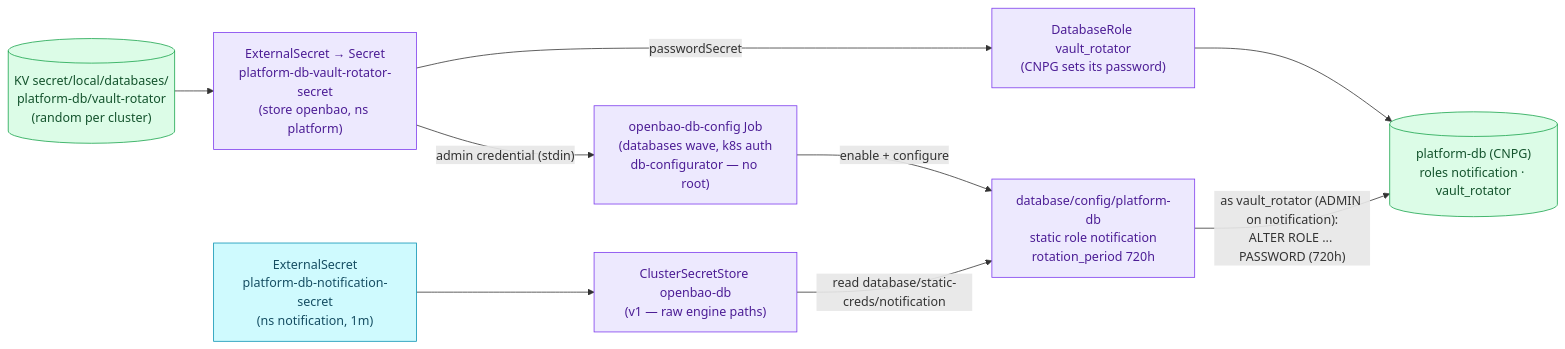
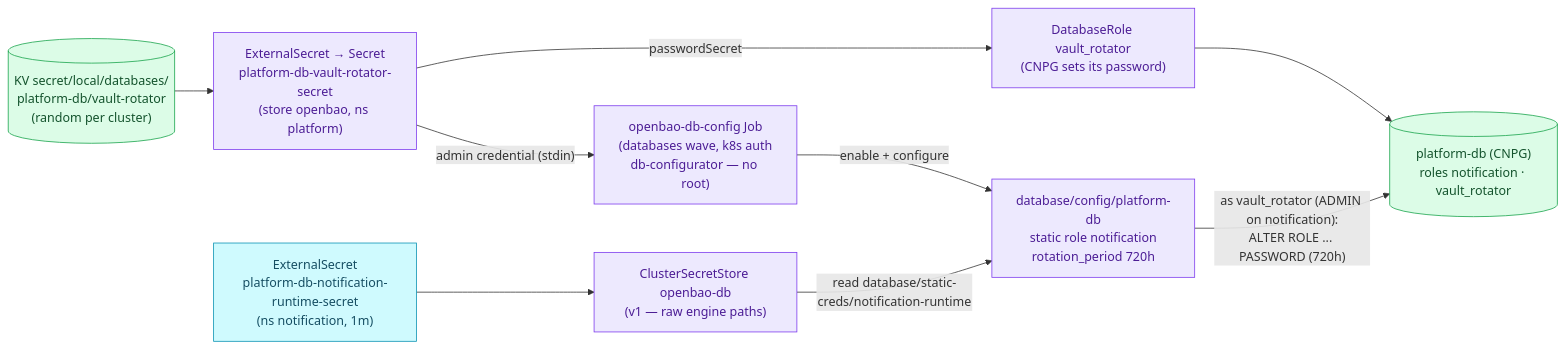
One commit to duynhlab/homelab changed the eighth of 19 diagrams in docs/secrets/openbao.md. Above: the diagram before and after it, drawn with Mermaid. The commit also changed other lines of this file and 63 other files, not shown here.

````diff
--- a/docs/secrets/openbao.md
+++ b/docs/secrets/openbao.md
@@ -481,24 +484,24 @@
 ```mermaid
 flowchart LR
     kv[("KV secret/local/databases/<br/>platform-db/vault-rotator<br/>(random per cluster)")]:::data
     adm["ExternalSecret → Secret<br/>platform-db-vault-rotator-secret<br/>(store openbao, ns platform)"]:::platform
     dbrole["DatabaseRole vault_rotator<br/>(CNPG sets its password)"]:::platform
     job["openbao-db-config Job<br/>(databases wave, k8s auth<br/>db-configurator — no root)"]:::platform
     eng["database/config/platform-db<br/>static role notification<br/>rotation_period 720h"]:::platform
     pg[("platform-db (CNPG)<br/>roles notification · vault_rotator")]:::data
     store["ClusterSecretStore openbao-db<br/>(v1 — raw engine paths)"]:::platform
-    es["ExternalSecret<br/>platform-db-notification-secret<br/>(ns notification, 1m)"]:::service
+    es["ExternalSecret<br/>platform-db-notification-runtime-secret<br/>(ns notification, 1m)"]:::service
 
     kv --> adm
     adm -->|"passwordSecret"| dbrole
     dbrole --> pg
     adm -->|"admin credential (stdin)"| job
     job -->|"enable + configure"| eng
     eng -->|"as vault_rotator (ADMIN on notification):<br/>ALTER ROLE ... PASSWORD (720h)"| pg
-    store -->|"read database/static-creds/notification"| eng
+    store -->|"read database/static-creds/notification-runtime"| eng
     es --> store
 
     classDef service fill:#cffafe,color:#164e63,stroke:#0891b2;
     classDef platform fill:#ede9fe,color:#4c1d95,stroke:#7c3aed;
     classDef data fill:#dcfce7,color:#14532d,stroke:#16a34a;
 ```
````
